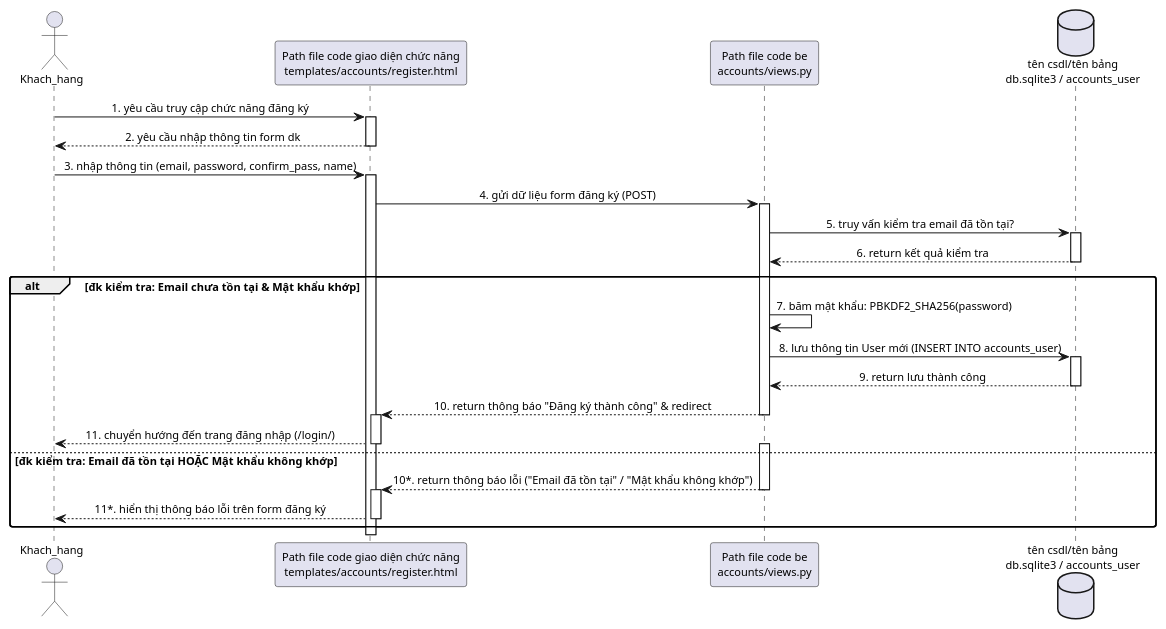
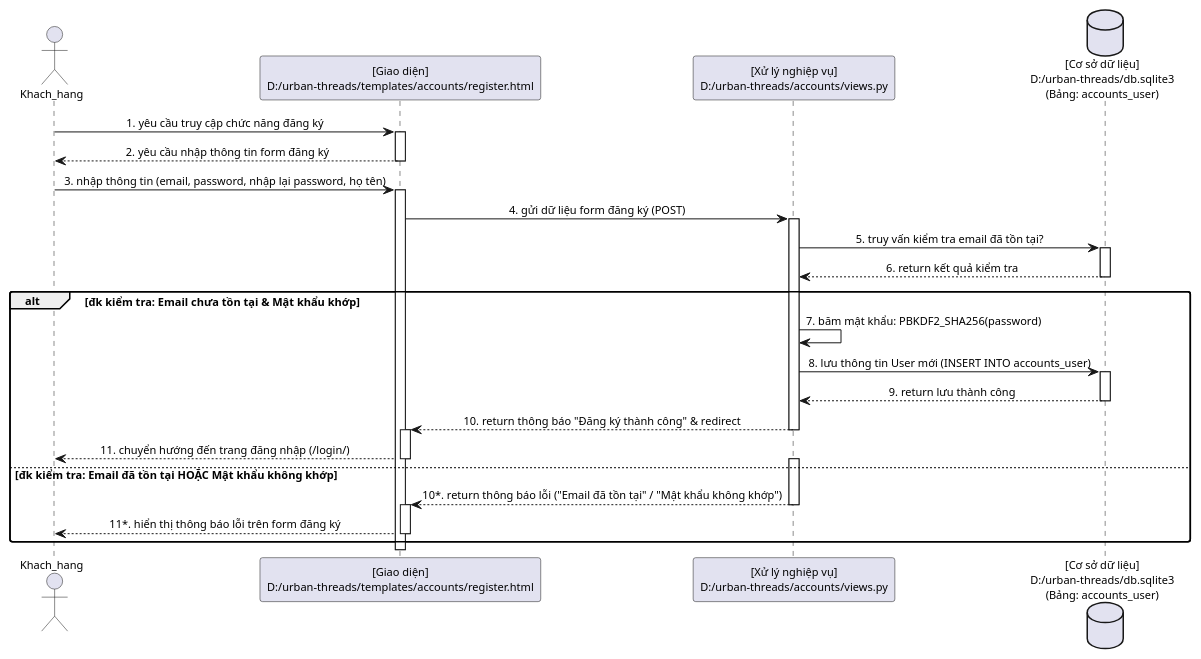
The diagram in use_cases/sequence_dang_ky.puml (HNKILLNET404/lehainam_24ct1_cnpm), drawn with PlantUML before and after one commit. The commit also changed 1 other file, not shown here.

Commit message:
update: Sua nhan o nhap dang ky thanh Password va Nhap lai password

```diff
--- a/use_cases/sequence_dang_ky.puml
+++ b/use_cases/sequence_dang_ky.puml
@@ -1,51 +1,51 @@
 @startuml
 skinparam sequenceMessageAlign center
 skinparam roundcorner 5
 skinparam shadowing false
 skinparam defaultFontName Arial
 skinparam defaultFontSize 11
 
 actor "Khach_hang" as User
-participant "Path file code giao diện chức năng\ntemplates/accounts/register.html" as UI
-participant "Path file code be\naccounts/views.py" as BE
-database "tên csdl/tên bảng\ndb.sqlite3 / accounts_user" as DB
+participant "[Giao diện]\nD:/urban-threads/templates/accounts/register.html" as UI
+participant "[Xử lý nghiệp vụ]\nD:/urban-threads/accounts/views.py" as BE
+database "[Cơ sở dữ liệu]\nD:/urban-threads/db.sqlite3\n(Bảng: accounts_user)" as DB
 
 box "tên chức năng: Đăng ký tài khoản" #LightYellow
 end box
 
 User -> UI : 1. yêu cầu truy cập chức năng đăng ký
 activate UI
-UI --> User : 2. yêu cầu nhập thông tin form dk
+UI --> User : 2. yêu cầu nhập thông tin form đăng ký
 deactivate UI
 
-User -> UI : 3. nhập thông tin (email, password, confirm_pass, name)
+User -> UI : 3. nhập thông tin (email, password, nhập lại password, họ tên)
 activate UI
 UI -> BE : 4. gửi dữ liệu form đăng ký (POST)
 activate BE
 
 BE -> DB : 5. truy vấn kiểm tra email đã tồn tại?
 activate DB
 DB --> BE : 6. return kết quả kiểm tra
 deactivate DB
 
 alt đk kiểm tra: Email chưa tồn tại & Mật khẩu khớp
     BE -> BE : 7. băm mật khẩu: PBKDF2_SHA256(password)
     BE -> DB : 8. lưu thông tin User mới (INSERT INTO accounts_user)
     activate DB
     DB --> BE : 9. return lưu thành công
     deactivate DB
     BE --> UI : 10. return thông báo "Đăng ký thành công" & redirect
     deactivate BE
     activate UI
     UI --> User : 11. chuyển hướng đến trang đăng nhập (/login/)
     deactivate UI
 else đk kiểm tra: Email đã tồn tại HOẶC Mật khẩu không khớp
     activate BE
     BE --> UI : 10*. return thông báo lỗi ("Email đã tồn tại" / "Mật khẩu không khớp")
     deactivate BE
     activate UI
     UI --> User : 11*. hiển thị thông báo lỗi trên form đăng ký
     deactivate UI
 end
 
 @enduml
```
